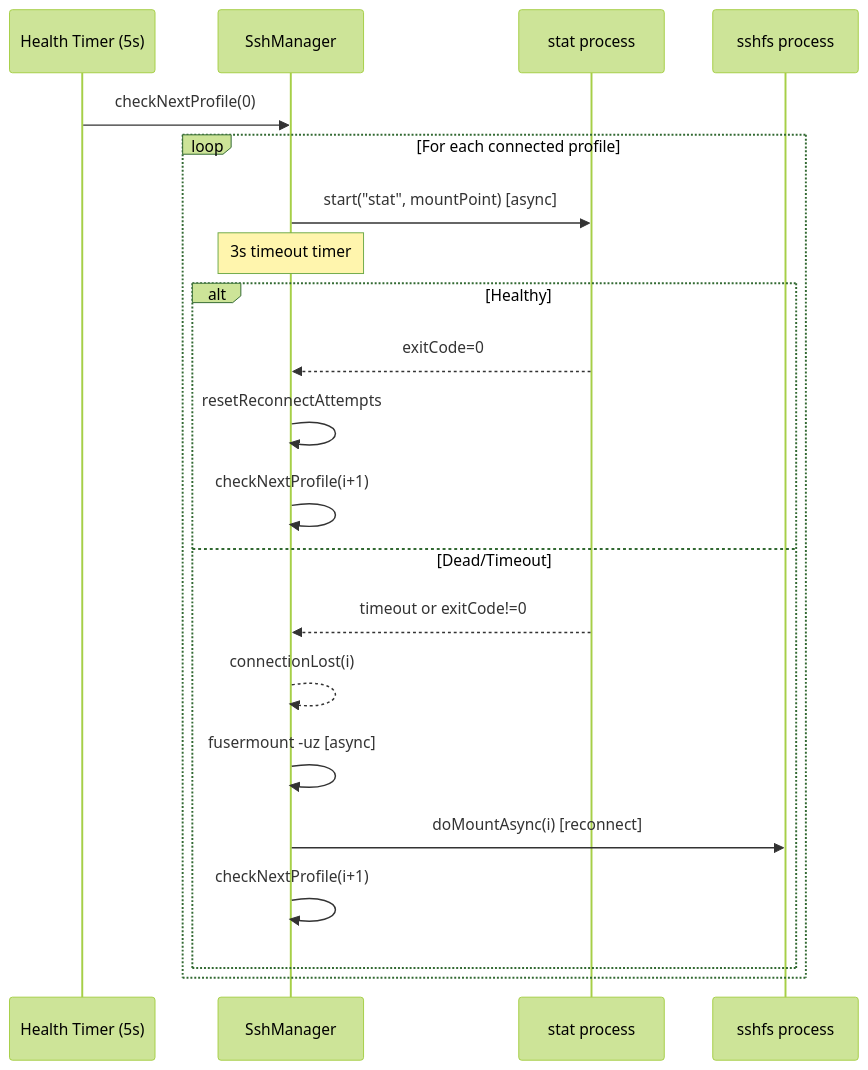
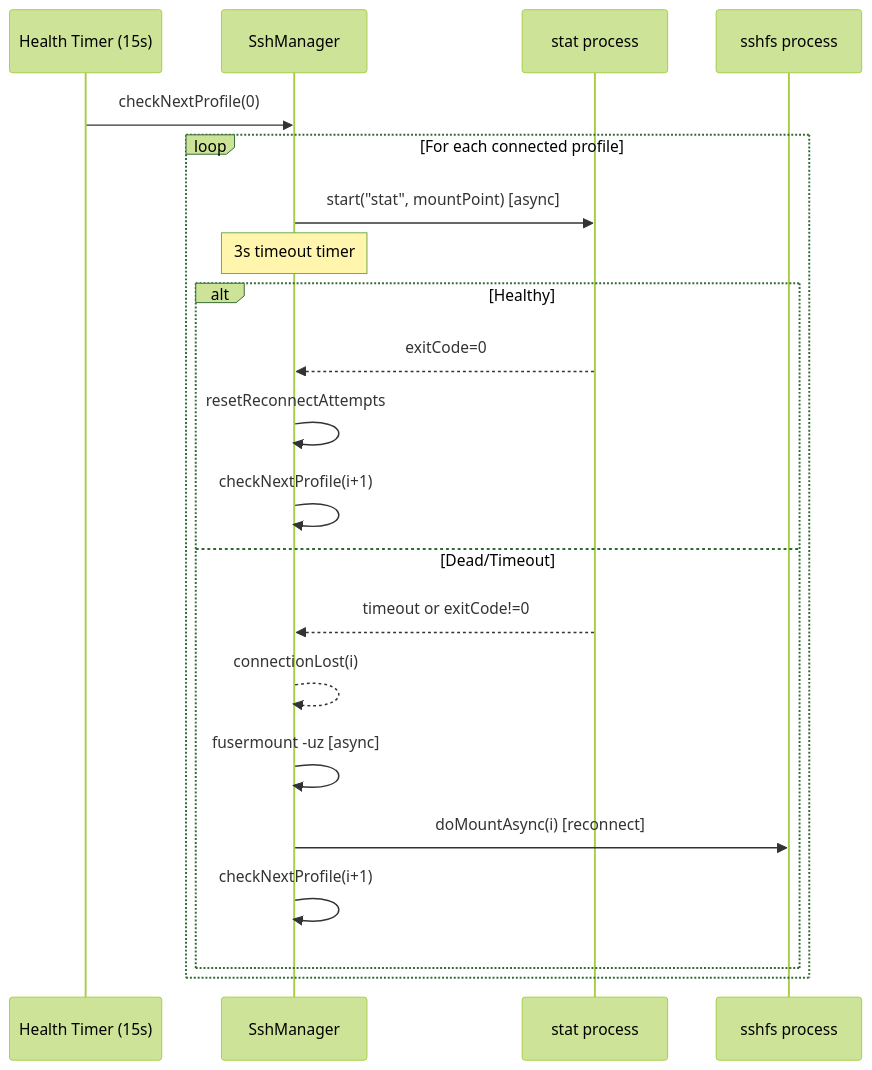
Before and after one commit to dkrse/vibe-coder: the sixth of 14 diagrams in docs/diagrams.md, drawn with Mermaid (forest theme). The commit also changed other lines of this file and 21 other files, not shown here.

````diff
--- a/docs/diagrams.md
+++ b/docs/diagrams.md
@@ -247,26 +268,26 @@
 ```mermaid
 sequenceDiagram
-    participant Timer as Health Timer (5s)
+    participant Timer as Health Timer (15s)
     participant SshManager
     participant stat as stat process
     participant sshfs as sshfs process
 
     Timer->>SshManager: checkNextProfile(0)
 
     loop For each connected profile
         SshManager->>stat: start("stat", mountPoint) [async]
         Note over SshManager: 3s timeout timer
 
         alt Healthy
             stat-->>SshManager: exitCode=0
             SshManager->>SshManager: resetReconnectAttempts
             SshManager->>SshManager: checkNextProfile(i+1)
         else Dead/Timeout
             stat-->>SshManager: timeout or exitCode!=0
             SshManager-->>SshManager: connectionLost(i)
             SshManager->>SshManager: fusermount -uz [async]
             SshManager->>sshfs: doMountAsync(i) [reconnect]
             SshManager->>SshManager: checkNextProfile(i+1)
         end
     end
 ```
````
